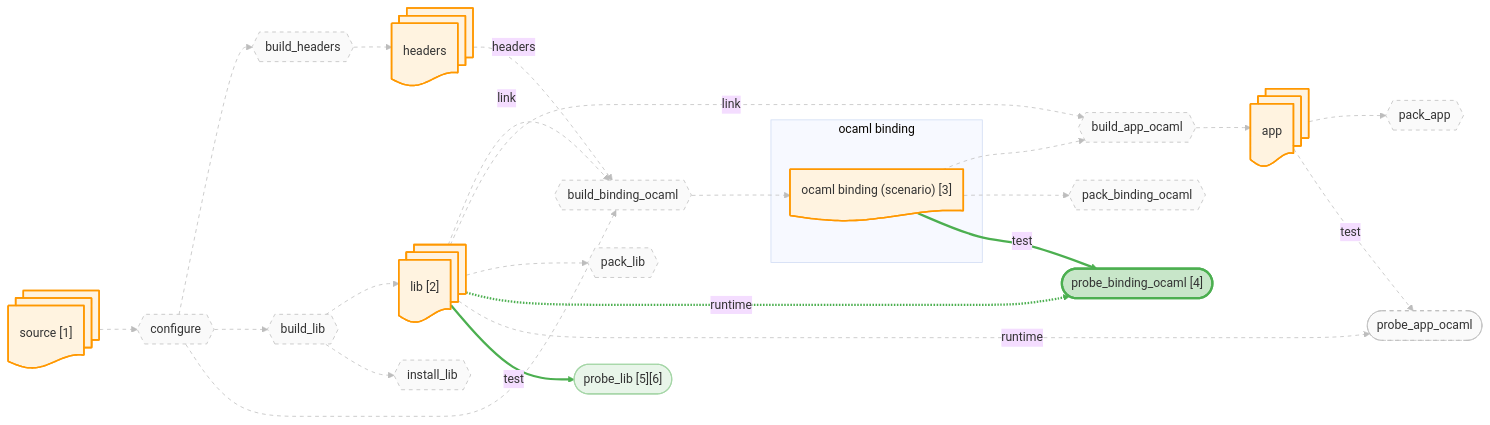
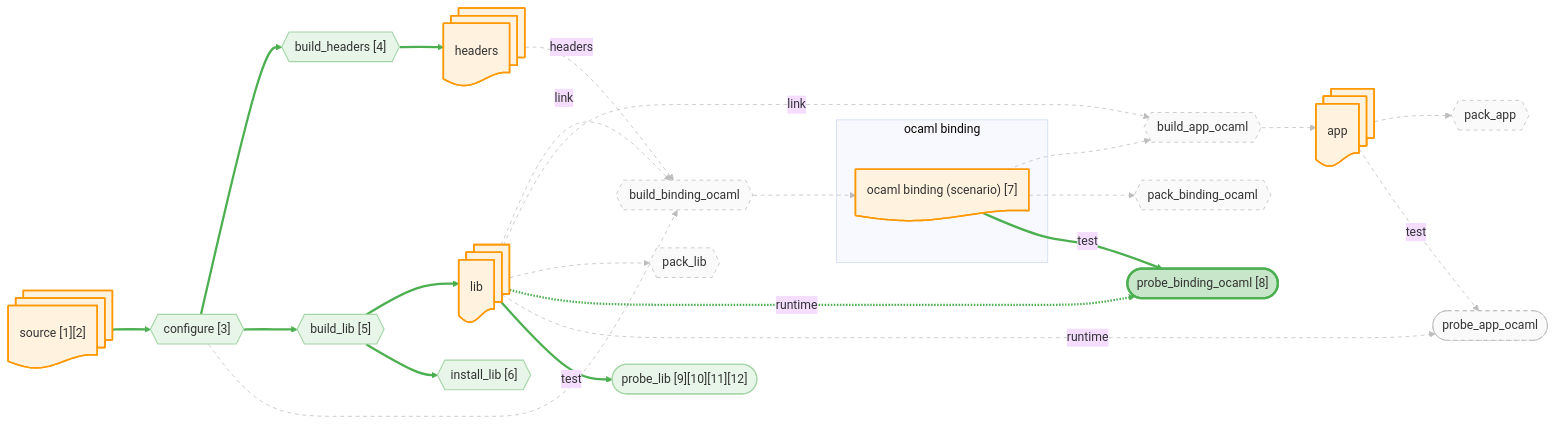
The diagram in docs/canary/projects/z3/-run/diagrams/binding_ocaml.mmd (JHU-PL-Lab/tola), drawn with Mermaid (base theme) before and after one commit. The commit also changed 231 other files, not shown here.

```diff
--- a/docs/canary/projects/z3/-run/diagrams/binding_ocaml.mmd
+++ b/docs/canary/projects/z3/-run/diagrams/binding_ocaml.mmd
@@ -1,87 +1,87 @@
 %% view: binding_ocaml
 graph LR
-    source_node@{ shape: docs, label: "source [1]" }
+    source_node@{ shape: docs, label: "source [1][2]" }
     headers_node@{ shape: docs, label: "headers" }
-    lib_node@{ shape: docs, label: "lib [2]" }
+    lib_node@{ shape: docs, label: "lib" }
     app_node@{ shape: docs, label: "app" }
     subgraph ocaml_binding_sg ["ocaml binding"]
-      ocaml_binding_fetch_node@{ shape: doc, label: "ocaml binding (scenario) [3]" }
+      ocaml_binding_fetch_node@{ shape: doc, label: "ocaml binding (scenario) [7]" }
     end
 
-    A_configure{{"configure"}}
-    A_build_headers{{"build_headers"}}
-    A_build_lib{{"build_lib"}}
+    A_configure{{"configure [3]"}}
+    A_build_headers{{"build_headers [4]"}}
+    A_build_lib{{"build_lib [5]"}}
     A_build_binding_ocaml{{"build_binding_ocaml"}}
     A_build_app_ocaml{{"build_app_ocaml"}}
-    A_install_lib{{"install_lib"}}
+    A_install_lib{{"install_lib [6]"}}
     A_pack_binding_ocaml{{"pack_binding_ocaml"}}
     A_pack_lib{{"pack_lib"}}
     A_pack_app{{"pack_app"}}
-    A_probe_binding_ocaml(["probe_binding_ocaml [4]"])
+    A_probe_binding_ocaml(["probe_binding_ocaml [8]"])
     A_probe_app_ocaml(["probe_app_ocaml"])
-    A_probe_lib(["probe_lib [5][6]"])
+    A_probe_lib(["probe_lib [9][10][11][12]"])
 
     source_node --> A_configure
     A_configure --> A_build_headers
     A_build_headers --> headers_node
     A_configure --> A_build_lib
     A_build_lib --> lib_node
     A_configure --> A_build_binding_ocaml
     headers_node -.->|headers| A_build_binding_ocaml
     lib_node -.->|link| A_build_binding_ocaml
     A_build_binding_ocaml --> ocaml_binding_fetch_node
     ocaml_binding_fetch_node --> A_build_app_ocaml
     lib_node -.->|link| A_build_app_ocaml
     A_build_app_ocaml --> app_node
     A_build_lib --> A_install_lib
     ocaml_binding_fetch_node --> A_pack_binding_ocaml
     lib_node --> A_pack_lib
     app_node --> A_pack_app
     ocaml_binding_fetch_node -->|test| A_probe_binding_ocaml
     lib_node -.->|runtime| A_probe_binding_ocaml
     app_node -->|test| A_probe_app_ocaml
     lib_node -.->|runtime| A_probe_app_ocaml
     lib_node -->|test| A_probe_lib
 
     classDef artifact fill:#fff3e0,stroke:#ff9800,stroke-width:2px
     classDef action fill:#f3e5f5,stroke:#9c27b0,stroke-width:2px
     classDef st_done fill:#c8e6c9,stroke:#4caf50,stroke-width:3px
     classDef st_done_ctx fill:#e8f5e9,stroke:#a5d6a7,stroke-width:1.5px
     classDef st_expected_fail fill:#fff9c4,stroke:#f9a825,stroke-width:2px
     classDef st_failed fill:#ffcdd2,stroke:#c62828,stroke-width:2px
     classDef st_skipped fill:#f5f5f5,stroke:#9e9e9e,stroke-dasharray:5
     classDef st_nospec fill:#fafafa,stroke:#bdbdbd,stroke-dasharray:5
     class source_node,headers_node,lib_node,app_node,ocaml_binding_fetch_node artifact
-    class A_configure st_nospec
-    class A_build_headers st_nospec
-    class A_build_lib st_nospec
+    class A_configure st_done_ctx
+    class A_build_headers st_done_ctx
+    class A_build_lib st_done_ctx
     class A_build_binding_ocaml st_nospec
     class A_build_app_ocaml st_nospec
-    class A_install_lib st_nospec
+    class A_install_lib st_done_ctx
     class A_pack_binding_ocaml st_nospec
     class A_pack_lib st_nospec
     class A_pack_app st_nospec
     class A_probe_binding_ocaml st_done
     class A_probe_app_ocaml st_nospec
     class A_probe_lib st_done_ctx
-    linkStyle 0 stroke:#bdbdbd,stroke-width:1px,stroke-dasharray:5
-    linkStyle 1 stroke:#bdbdbd,stroke-width:1px,stroke-dasharray:5
-    linkStyle 2 stroke:#bdbdbd,stroke-width:1px,stroke-dasharray:5
-    linkStyle 3 stroke:#bdbdbd,stroke-width:1px,stroke-dasharray:5
-    linkStyle 4 stroke:#bdbdbd,stroke-width:1px,stroke-dasharray:5
+    linkStyle 0 stroke:#4caf50,stroke-width:3px
+    linkStyle 1 stroke:#4caf50,stroke-width:3px
+    linkStyle 2 stroke:#4caf50,stroke-width:3px
+    linkStyle 3 stroke:#4caf50,stroke-width:3px
+    linkStyle 4 stroke:#4caf50,stroke-width:3px
     linkStyle 5 stroke:#bdbdbd,stroke-width:1px,stroke-dasharray:5
     linkStyle 6 stroke:#bdbdbd,stroke-width:1px,stroke-dasharray:5
     linkStyle 7 stroke:#bdbdbd,stroke-width:1px,stroke-dasharray:5
     linkStyle 8 stroke:#bdbdbd,stroke-width:1px,stroke-dasharray:5
     linkStyle 9 stroke:#bdbdbd,stroke-width:1px,stroke-dasharray:5
     linkStyle 10 stroke:#bdbdbd,stroke-width:1px,stroke-dasharray:5
     linkStyle 11 stroke:#bdbdbd,stroke-width:1px,stroke-dasharray:5
-    linkStyle 12 stroke:#bdbdbd,stroke-width:1px,stroke-dasharray:5
+    linkStyle 12 stroke:#4caf50,stroke-width:3px
     linkStyle 13 stroke:#bdbdbd,stroke-width:1px,stroke-dasharray:5
     linkStyle 14 stroke:#bdbdbd,stroke-width:1px,stroke-dasharray:5
     linkStyle 15 stroke:#bdbdbd,stroke-width:1px,stroke-dasharray:5
     linkStyle 16 stroke:#4caf50,stroke-width:3px
     linkStyle 17 stroke:#4caf50,stroke-width:3px
     linkStyle 18 stroke:#bdbdbd,stroke-width:1px,stroke-dasharray:5
     linkStyle 19 stroke:#bdbdbd,stroke-width:1px,stroke-dasharray:5
     linkStyle 20 stroke:#4caf50,stroke-width:3px
```
